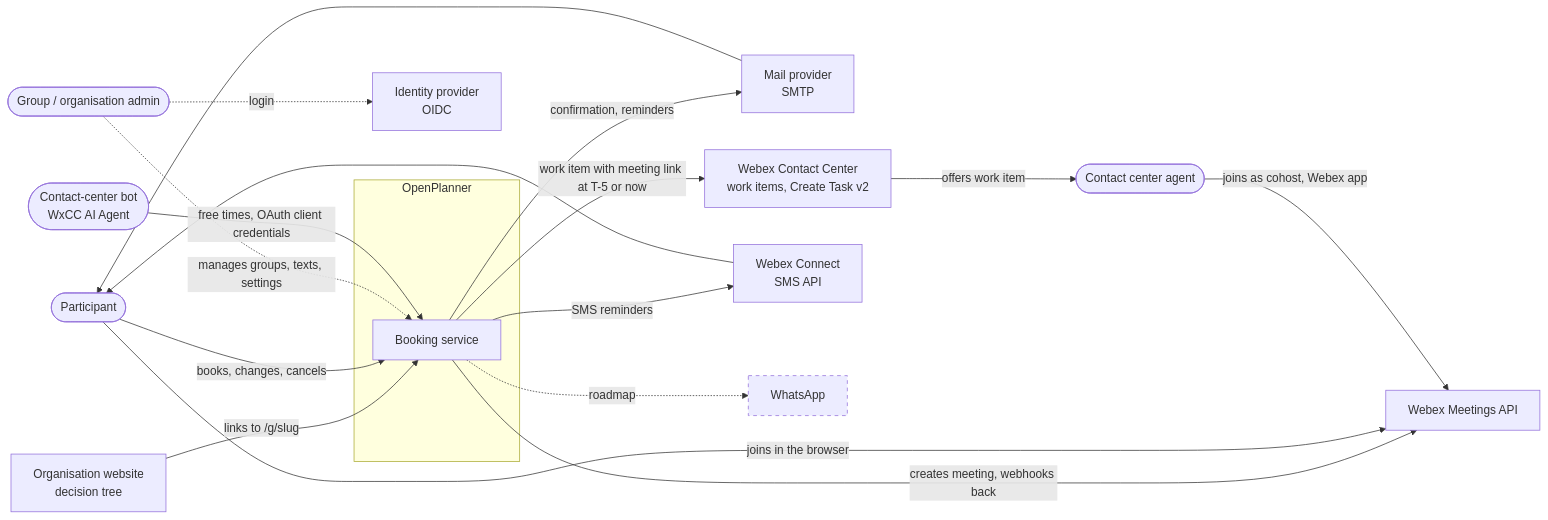
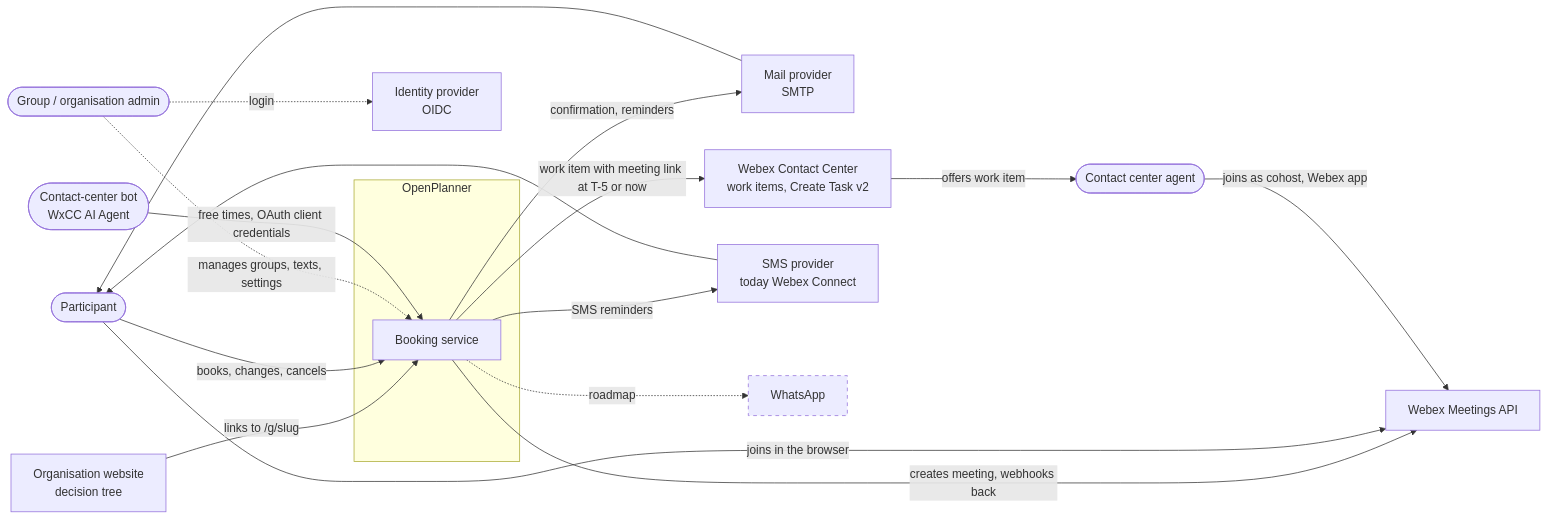
The first of 13 diagrams in docs/architecture.md (3Corners-Labs/OpenPlanner), drawn with Mermaid before and after one commit. The commit also changed other lines of this file and 27 other files, not shown here.

First line of the commit message:
feat(sms): provider-neutral SMS gateway, Webex Connect as one adapter (ADR 0028)

````diff
--- a/docs/architecture.md
+++ b/docs/architecture.md
@@ -32,36 +32,36 @@
 ```mermaid
 flowchart LR
     participant([Participant])
     website[Organisation website<br/>decision tree]
     admin([Group / organisation admin])
     agent([Contact center agent])
     bot([Contact-center bot<br/>WxCC AI Agent])
 
     subgraph op [OpenPlanner]
         service[Booking service]
     end
 
     smtp[Mail provider<br/>SMTP]
     wxcc[Webex Contact Center<br/>work items, Create Task v2]
     video[Webex Meetings API]
     idp[Identity provider<br/>OIDC]
-    sms[Webex Connect<br/>SMS API]
+    sms[SMS provider<br/>today Webex Connect]
     whatsapp[WhatsApp]
 
     website -- links to /g/slug --> service
     participant -- books, changes, cancels --> service
     service -- confirmation, reminders --> smtp --> participant
     admin -. manages groups, texts, settings .-> service
     service -- work item with meeting link at T-5 or now --> wxcc
     wxcc -- offers work item --> agent
     service -- creates meeting, webhooks back --> video
     participant -- joins in the browser --> video
     agent -- joins as cohost, Webex app --> video
     admin -. login .-> idp
     service -- SMS reminders --> sms --> participant
     service -. roadmap .-> whatsapp
     bot -- free times, OAuth client credentials --> service
 
     classDef planned stroke-dasharray: 5 5
     class whatsapp planned
 ```
````
